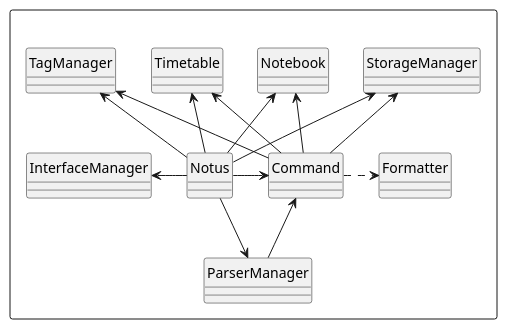
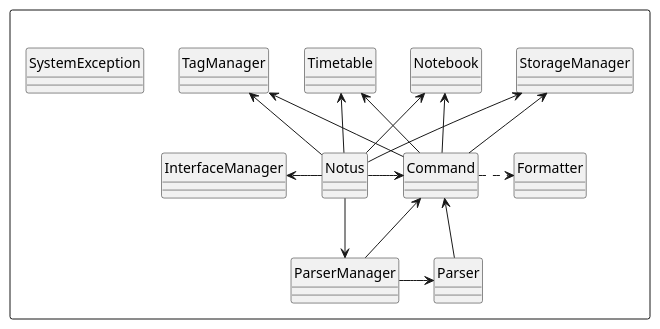
The diagram in docs/diagrams/Architecture_Overview.puml (nus-cs2113-AY2021S1/tp), drawn with PlantUML before and after one commit. The commit also changed 2 other files, not shown here.

Commit message:
Updated Overview diagram

```diff
--- a/docs/diagrams/Architecture_Overview.puml
+++ b/docs/diagrams/Architecture_Overview.puml
@@ -1,36 +1,39 @@
 @startuml
 
 hide circle
 skinparam classAttributeIconSize 0
 
 Package " "<<Rectangle>>{
     Class StorageManager
     Class InterfaceManager
     Class Notebook
     Class Timetable
     Class TagManager
     Class ParserManager
     Class Command
     Class Notus
     Class Formatter
+    Class SystemException
+    Class Parser
 }
 
 Notus -left> InterfaceManager
 Notus -down-> ParserManager
 Notus -right> Command
 ParserManager -up-> Command
-
+ParserManager -right> Parser
+Parser -> Command
 
 Notus -up-> StorageManager
 Notus -up-> Notebook
 Notus -up-> Timetable
 Notus -up-> TagManager
 
 Command -up> StorageManager
 Command -up> Notebook
 Command -up> Timetable
 Command -up> TagManager
 
 Command ..right> Formatter
 
 @enduml
```
